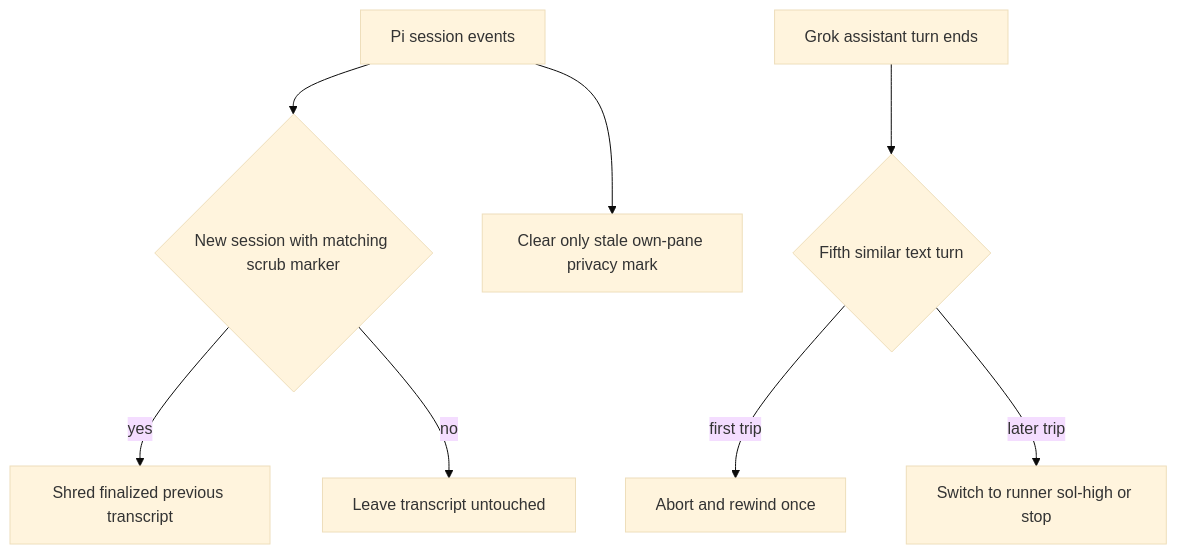
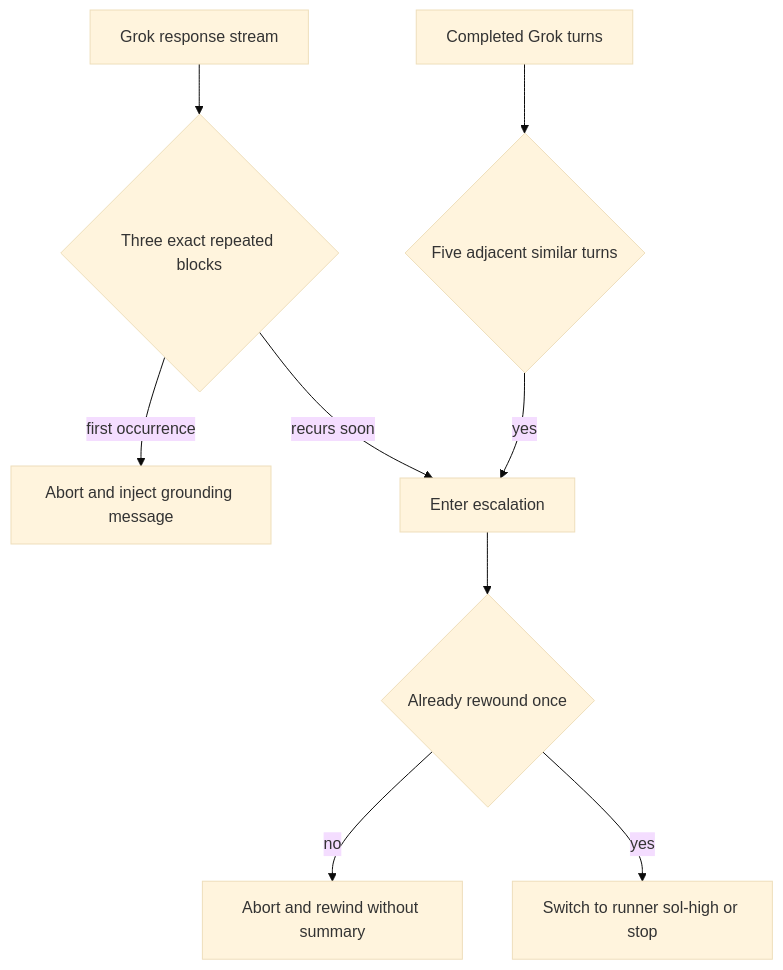
Before and after one commit to hypermemetic-ai/qq: the diagram in openwiki/agent-runtime/session-safety.md, drawn with Mermaid (base theme). The commit also changed other lines of this file and 14 other files, not shown here.

````diff
--- a/openwiki/agent-runtime/session-safety.md
+++ b/openwiki/agent-runtime/session-safety.md
@@ -30,10 +29,11 @@
 ```mermaid
 flowchart TD
-    Start["Pi session events"] --> Scrub{"New session with matching scrub marker"}
-    Scrub -->|yes| Shred["Shred finalized previous transcript"]
-    Scrub -->|no| Keep["Leave transcript untouched"]
-    Start --> Privacy["Clear only stale own-pane privacy mark"]
-    Turn["Grok assistant turn ends"] --> Repeat{"Fifth similar text turn"}
-    Repeat -->|first trip| Rewind["Abort and rewind once"]
-    Repeat -->|later trip| Fallback["Switch to runner sol-high or stop"]
+    Stream["Grok response stream"] --> Exact{"Three exact repeated blocks"}
+    Exact -->|first occurrence| Ground["Abort and inject grounding message"]
+    Exact -->|recurs soon| Escalate["Enter escalation"]
+    Turn["Completed Grok turns"] --> Similar{"Five adjacent similar turns"}
+    Similar -->|yes| Escalate
+    Escalate --> Recovered{"Already rewound once"}
+    Recovered -->|no| Rewind["Abort and rewind without summary"]
+    Recovered -->|yes| Fallback["Switch to runner sol-high or stop"]
 ```
````
